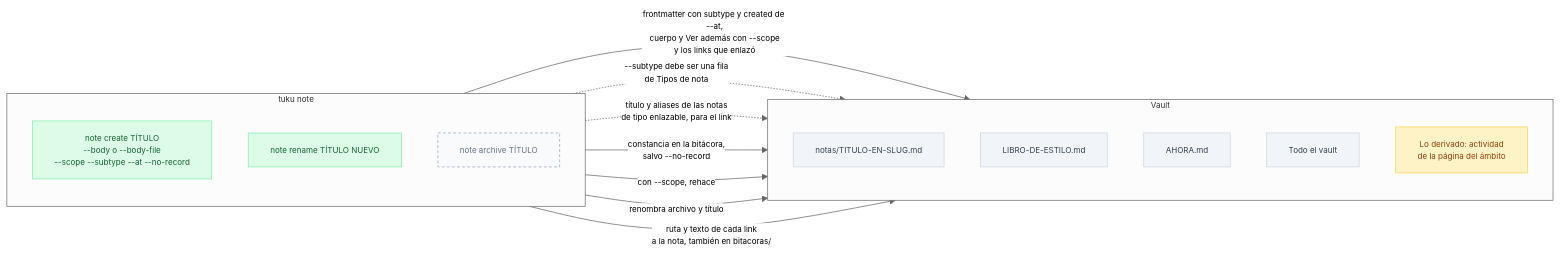
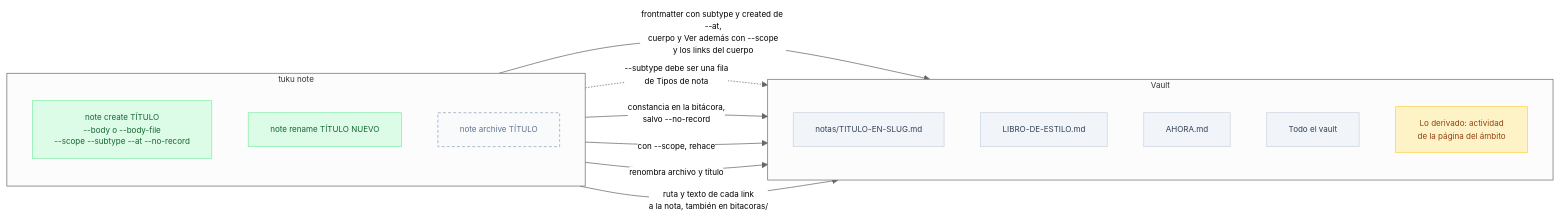
Before and after one commit to pewma-ai/tuku: the sixth of 8 diagrams in spec/tuku.md, drawn with Mermaid. The commit also changed other lines of this file and 20 other files, not shown here.

First line of the commit message:
feat(context): las notas enlazables las enlaza el agente con context note, no los comandos

````diff
--- a/spec/tuku.md
+++ b/spec/tuku.md
@@ -249,35 +245,34 @@
 ```mermaid
 %%{init: {'flowchart': {'useMaxWidth': true}, 'theme': 'neutral', 'themeVariables': {'fontSize': '11px'}}}%%
 flowchart LR
     subgraph CMD["tuku note"]
         direction TB
         NC["note create TÍTULO<br/>--body o --body-file<br/>--scope --subtype --at --no-record"]
         NR["note rename TÍTULO NUEVO"]
         NA["note archive TÍTULO"]
     end
     subgraph VAULT["Vault"]
         direction TB
         NO["notas/TITULO-EN-SLUG.md"]
         LE["LIBRO-DE-ESTILO.md"]
         AH["AHORA.md"]
         VA["Todo el vault"]
         DER["Lo derivado: actividad<br/>de la página del ámbito"]
     end
 
-    NC -->|"frontmatter con subtype y created de --at,<br/>cuerpo y Ver además con --scope<br/>y los links que enlazó"| NO
+    NC -->|"frontmatter con subtype y created de --at,<br/>cuerpo y Ver además con --scope<br/>y los links del cuerpo"| NO
     NC -.->|"--subtype debe ser una fila<br/>de Tipos de nota"| LE
-    NC -.->|"título y aliases de las notas<br/>de tipo enlazable, para el link"| NO
     NC -->|"constancia en la bitácora,<br/>salvo --no-record"| AH
     NC -->|"con --scope, rehace"| DER
     NR -->|"renombra archivo y título"| NO
     NR -->|"ruta y texto de cada link<br/>a la nota, también en bitacoras/"| VA
 
     classDef escribe fill:#dcfce7,color:#166534,stroke:#86efac
     classDef pendiente fill:#f8fafc,color:#64748b,stroke:#94a3b8,stroke-dasharray: 4 3
     classDef archivo fill:#f1f5f9,color:#334155,stroke:#cbd5e1
     classDef derivado fill:#fef3c7,color:#92400e,stroke:#fcd34d
     class NC,NR escribe
     class NA pendiente
     class NO,LE,AH,VA archivo
     class DER derivado
 ```
````
